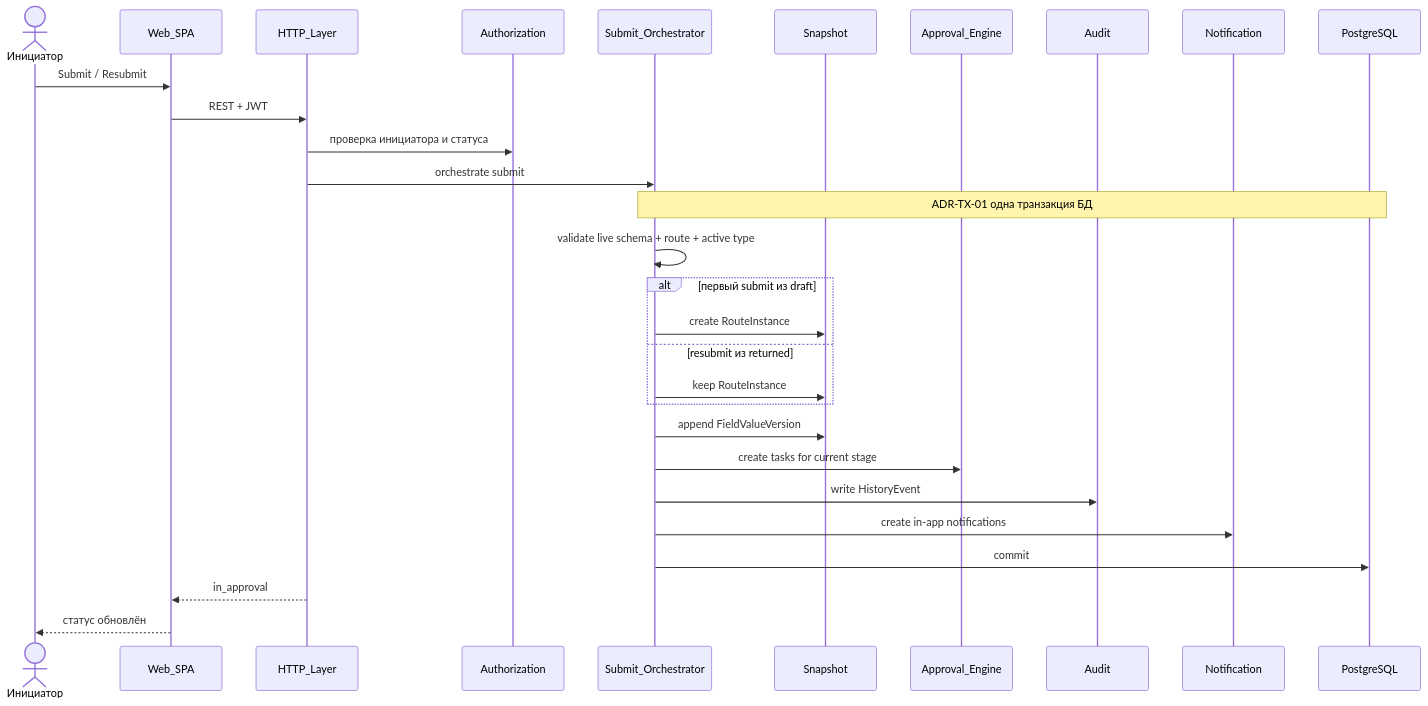
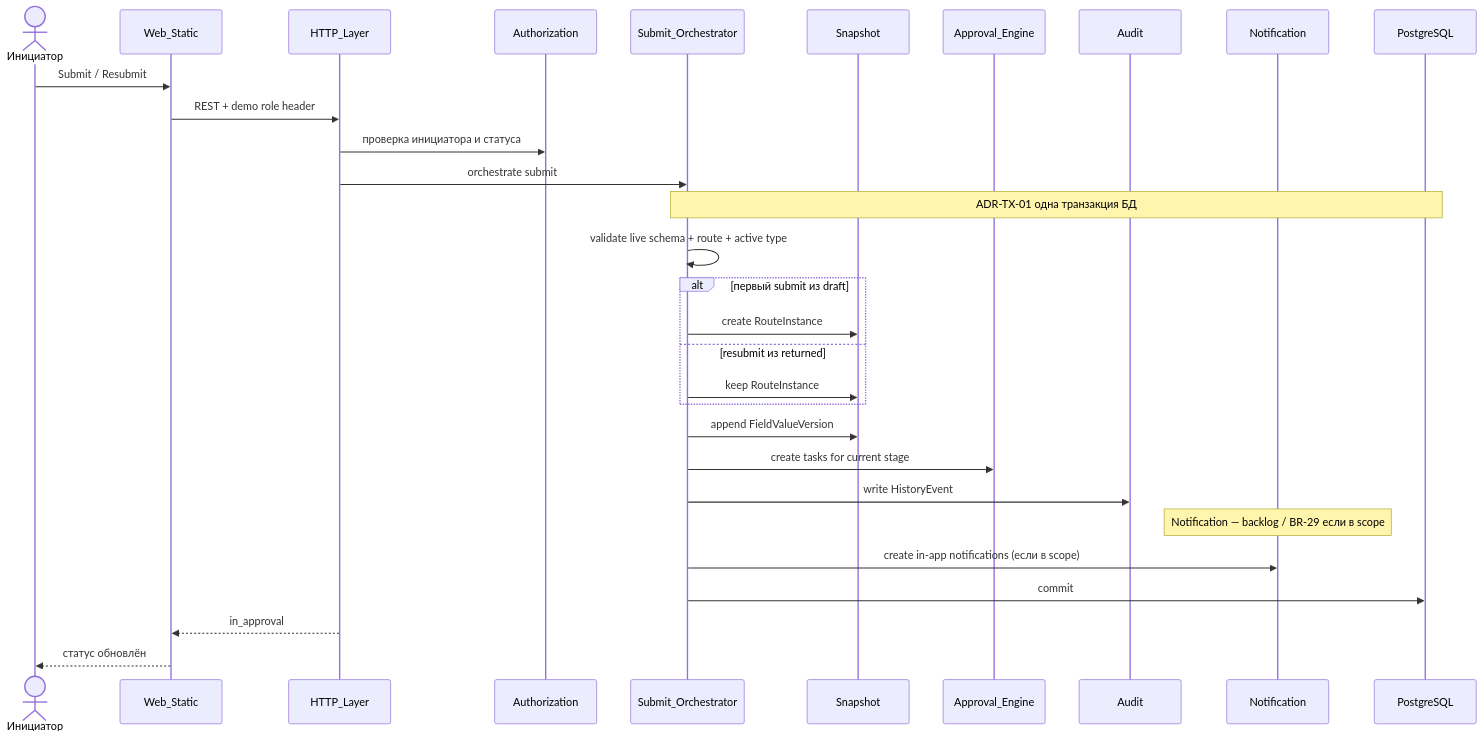
One commit to egoryasuk96/pet-project-hr-tech- changed the first of 3 diagrams in docs/03-diagrams/architecture/data-flows.md. Above: the diagram before and after it, drawn with Mermaid. The commit also changed other lines of this file and 7 other files, not shown here.

Commit message:
docs: stage 5 — static HTML web client ADR and architecture alignment

````diff
--- a/docs/03-diagrams/architecture/data-flows.md
+++ b/docs/03-diagrams/architecture/data-flows.md
@@ -38,32 +40,33 @@
 ```mermaid
 sequenceDiagram
   actor Init as Инициатор
-  participant Web as Web_SPA
+  participant Web as Web_Static
   participant API as HTTP_Layer
   participant AuthZ as Authorization
   participant Sub as Submit_Orchestrator
   participant Snap as Snapshot
   participant Appr as Approval_Engine
   participant Aud as Audit
   participant Ntf as Notification
   participant DB as PostgreSQL
 
   Init->>Web: Submit / Resubmit
-  Web->>API: REST + JWT
+  Web->>API: REST + demo role header
   API->>AuthZ: проверка инициатора и статуса
   API->>Sub: orchestrate submit
   Note over Sub,DB: ADR-TX-01 одна транзакция БД
   Sub->>Sub: validate live schema + route + active type
   alt первый submit из draft
     Sub->>Snap: create RouteInstance
   else resubmit из returned
     Sub->>Snap: keep RouteInstance
   end
   Sub->>Snap: append FieldValueVersion
   Sub->>Appr: create tasks for current stage
   Sub->>Aud: write HistoryEvent
-  Sub->>Ntf: create in-app notifications
+  Note over Ntf: Notification — backlog / BR-29 если в scope
+  Sub->>Ntf: create in-app notifications (если в scope)
   Sub->>DB: commit
   API-->>Web: in_approval
   Web-->>Init: статус обновлён
 ```
````
